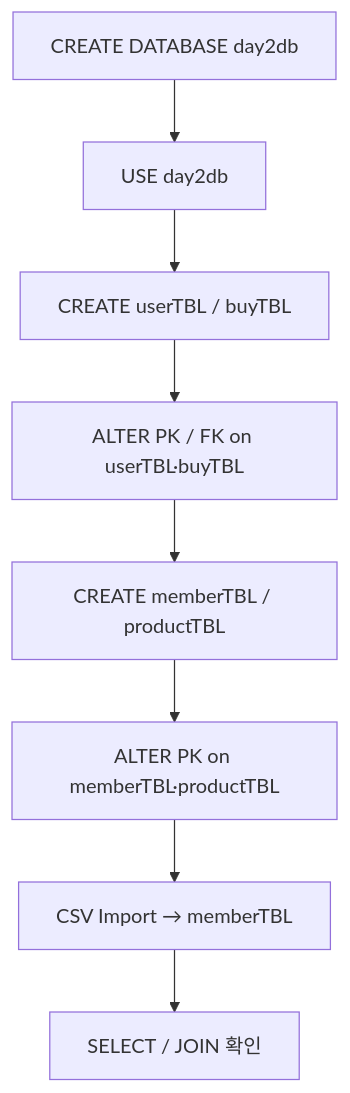
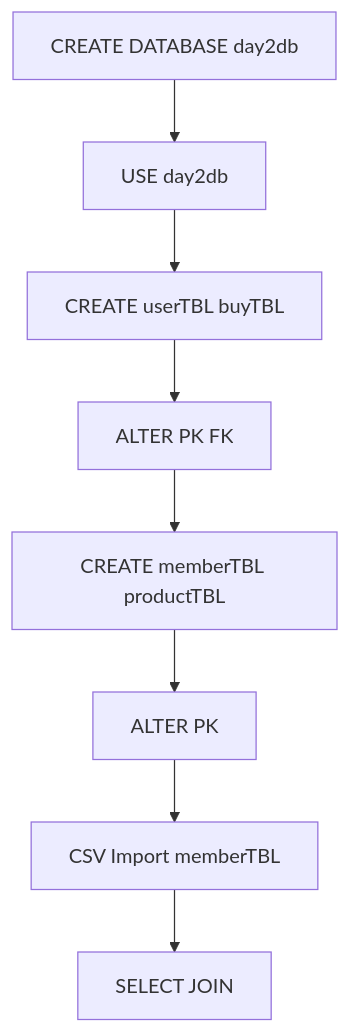
Before and after one commit to metaapple/kb7-db: the sixth of 7 diagrams in db02/README.md, drawn with Mermaid. The commit also changed other lines of this file, not shown here.

````diff
--- a/db02/README.md
+++ b/db02/README.md
@@ -214,10 +216,10 @@
 ```mermaid
 flowchart TD
     S1[CREATE DATABASE day2db] --> S2[USE day2db]
-    S2 --> S3[CREATE userTBL / buyTBL]
-    S3 --> S4[ALTER PK / FK on userTBL·buyTBL]
-    S4 --> S5[CREATE memberTBL / productTBL]
-    S5 --> S6[ALTER PK on memberTBL·productTBL]
-    S6 --> S7[CSV Import → memberTBL]
-    S7 --> S8[SELECT / JOIN 확인]
+    S2 --> S3[CREATE userTBL buyTBL]
+    S3 --> S4[ALTER PK FK]
+    S4 --> S5[CREATE memberTBL productTBL]
+    S5 --> S6[ALTER PK]
+    S6 --> S7[CSV Import memberTBL]
+    S7 --> S8[SELECT JOIN]
 ```
````
